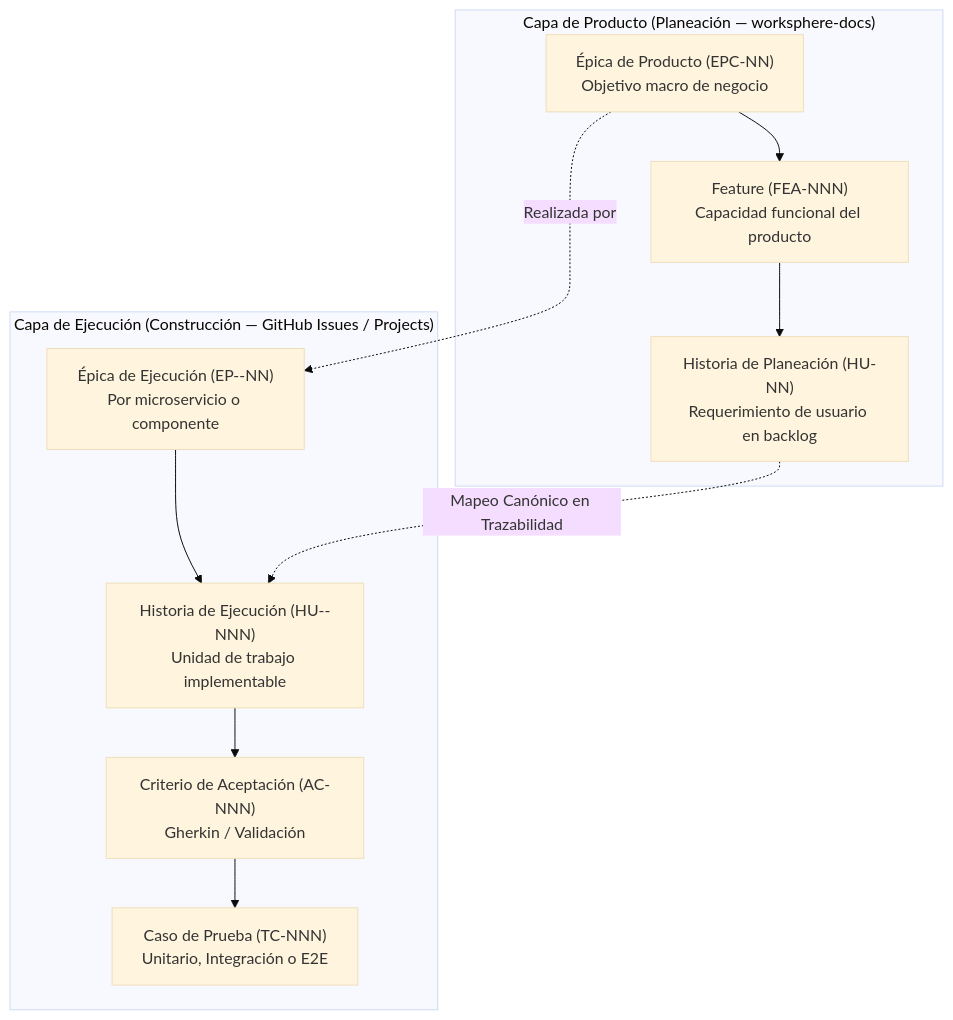
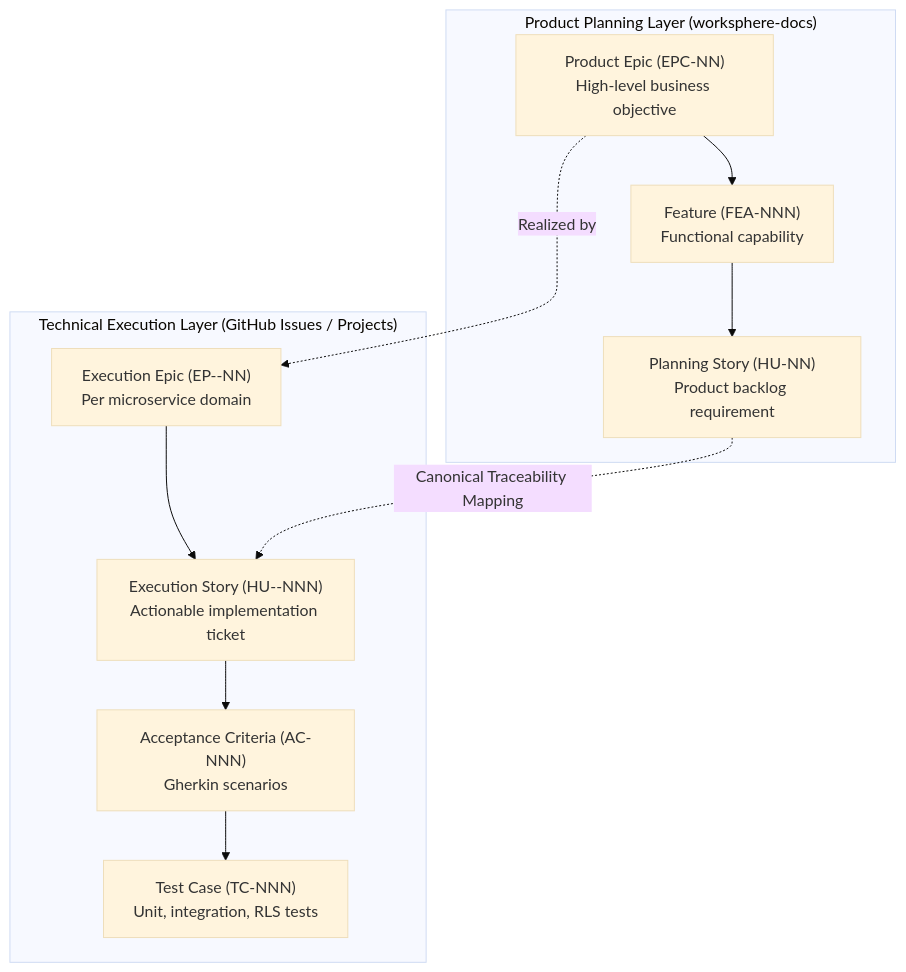
Before and after one commit to daniel2004-lsd/worksphere-docs: the diagram in 00-governance/agile-conventions.md, drawn with Mermaid (base theme). The commit also changed other lines of this file and 22 other files, not shown here.

Commit message:
docs(all): complete english enterprise architecture, security policy, non-functional requirements and EcoRuteandoDb liquibase governance (#4)

````diff
--- a/00-governance/agile-conventions.md
+++ b/00-governance/agile-conventions.md
@@ -15,20 +15,20 @@
 ```mermaid
 flowchart TD
-    subgraph CapaProducto["Capa de Producto (Planeación — worksphere-docs)"]
-        EPC["Épica de Producto (EPC-NN)<br/>Objetivo macro de negocio"]
-        FEA["Feature (FEA-NNN)<br/>Capacidad funcional del producto"]
-        HU_PLAN["Historia de Planeación (HU-NN)<br/>Requerimiento de usuario en backlog"]
+    subgraph ProductPlanning["Product Planning Layer (worksphere-docs)"]
+        EPC["Product Epic (EPC-NN)<br/>High-level business objective"]
+        FEA["Feature (FEA-NNN)<br/>Functional capability"]
+        HU_PLAN["Planning Story (HU-NN)<br/>Product backlog requirement"]
         EPC --> FEA --> HU_PLAN
     end
 
-    subgraph CapaEjecucion["Capa de Ejecución (Construcción — GitHub Issues / Projects)"]
-        EP_EXEC["Épica de Ejecución (EP-<MICRO>-NN)<br/>Por microservicio o componente"]
-        HU_EXEC["Historia de Ejecución (HU-<MICRO>-NNN)<br/>Unidad de trabajo implementable"]
-        AC["Criterio de Aceptación (AC-NNN)<br/>Gherkin / Validación"]
-        TC["Caso de Prueba (TC-NNN)<br/>Unitario, Integración o E2E"]
+    subgraph TechnicalExecution["Technical Execution Layer (GitHub Issues / Projects)"]
+        EP_EXEC["Execution Epic (EP-<MICRO>-NN)<br/>Per microservice domain"]
+        HU_EXEC["Execution Story (HU-<MICRO>-NNN)<br/>Actionable implementation ticket"]
+        AC["Acceptance Criteria (AC-NNN)<br/>Gherkin scenarios"]
+        TC["Test Case (TC-NNN)<br/>Unit, integration, RLS tests"]
         EP_EXEC --> HU_EXEC --> AC --> TC
     end
 
-    HU_PLAN -.->|"Mapeo Canónico en Trazabilidad"| HU_EXEC
-    EPC -.->|"Realizada por"| EP_EXEC
+    HU_PLAN -.->|"Canonical Traceability Mapping"| HU_EXEC
+    EPC -.->|"Realized by"| EP_EXEC
 ```
````
